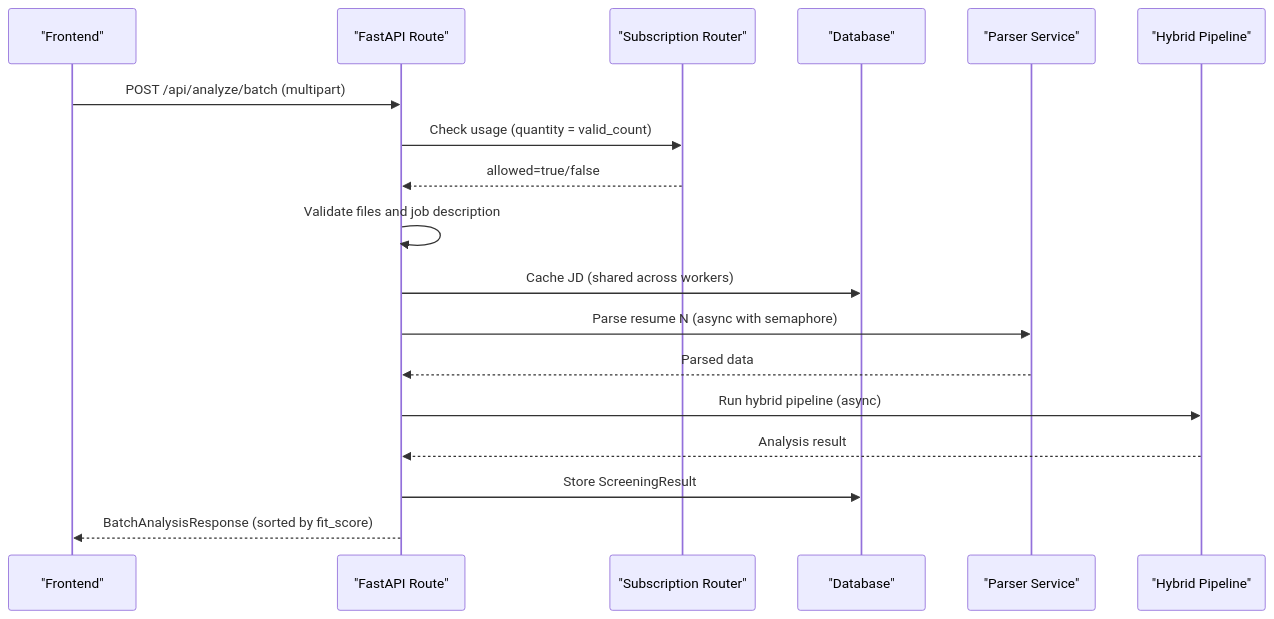
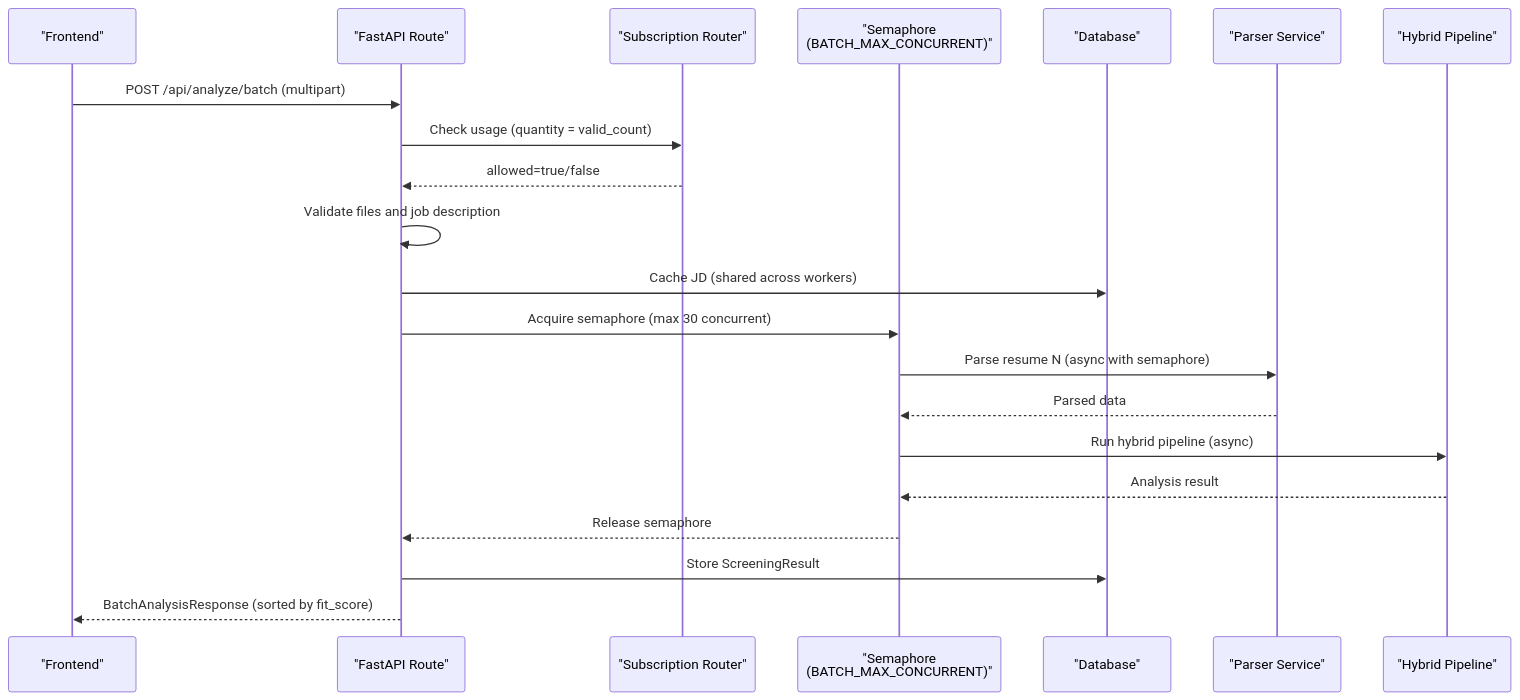
Before and after one commit to Revanththetalogics/aireume: the second of 3 diagrams in .qoder/repowiki/en/content/API Reference/Analysis Endpoints/Batch Analysis.md, drawn with Mermaid. The commit also changed other lines of this file and 6 other files, not shown here.

````diff
--- a/.qoder/repowiki/en/content/API Reference/Analysis Endpoints/Batch Analysis.md
+++ b/.qoder/repowiki/en/content/API Reference/Analysis Endpoints/Batch Analysis.md
@@ -107,20 +118,23 @@
 ```mermaid
 sequenceDiagram
 participant FE as "Frontend"
 participant API as "FastAPI Route"
 participant SUB as "Subscription Router"
+participant SEM as "Semaphore<br/>(BATCH_MAX_CONCURRENT)"
 participant DB as "Database"
 participant PARSE as "Parser Service"
 participant PIPE as "Hybrid Pipeline"
 FE->>API : POST /api/analyze/batch (multipart)
 API->>SUB : Check usage (quantity = valid_count)
 SUB-->>API : allowed=true/false
 API->>API : Validate files and job description
 API->>DB : Cache JD (shared across workers)
-API->>PARSE : Parse resume N (async with semaphore)
-PARSE-->>API : Parsed data
-API->>PIPE : Run hybrid pipeline (async)
-PIPE-->>API : Analysis result
+API->>SEM : Acquire semaphore (max 30 concurrent)
+SEM->>PARSE : Parse resume N (async with semaphore)
+PARSE-->>SEM : Parsed data
+SEM->>PIPE : Run hybrid pipeline (async)
+PIPE-->>SEM : Analysis result
+SEM-->>API : Release semaphore
 API->>DB : Store ScreeningResult
 API-->>FE : BatchAnalysisResponse (sorted by fit_score)
 ```
````
